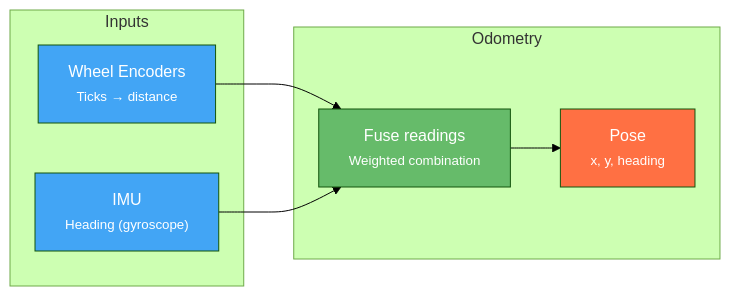
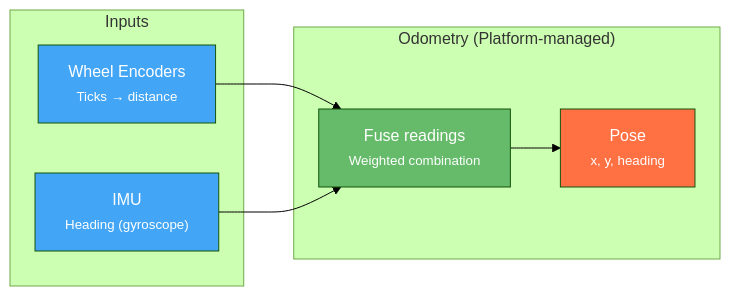
Before and after one commit to htl-stp-ecer/documentation: the first of 2 diagrams in content/02-programming/08-odometry.md, drawn with Mermaid (forest theme). The commit also changed other lines of this file and 90 other files, not shown here.

````diff
--- a/content/02-programming/08-odometry.md
+++ b/content/02-programming/08-odometry.md
@@ -15,21 +15,21 @@
 ```mermaid
 graph LR
     subgraph "Inputs"
         ENC["Wheel Encoders<br/><small>Ticks → distance</small>"]
         IMU_H["IMU<br/><small>Heading (gyroscope)</small>"]
     end
 
-    subgraph "Odometry"
+    subgraph "Odometry (Platform-managed)"
         FUSE["Fuse readings<br/><small>Weighted combination</small>"]
         POSE["Pose<br/><small>x, y, heading</small>"]
     end
 
     ENC --> FUSE
     IMU_H --> FUSE
     FUSE --> POSE
 
     style ENC fill:#42A5F5,color:#fff
     style IMU_H fill:#42A5F5,color:#fff
     style FUSE fill:#66BB6A,color:#fff
     style POSE fill:#FF7043,color:#fff
 ```
````
